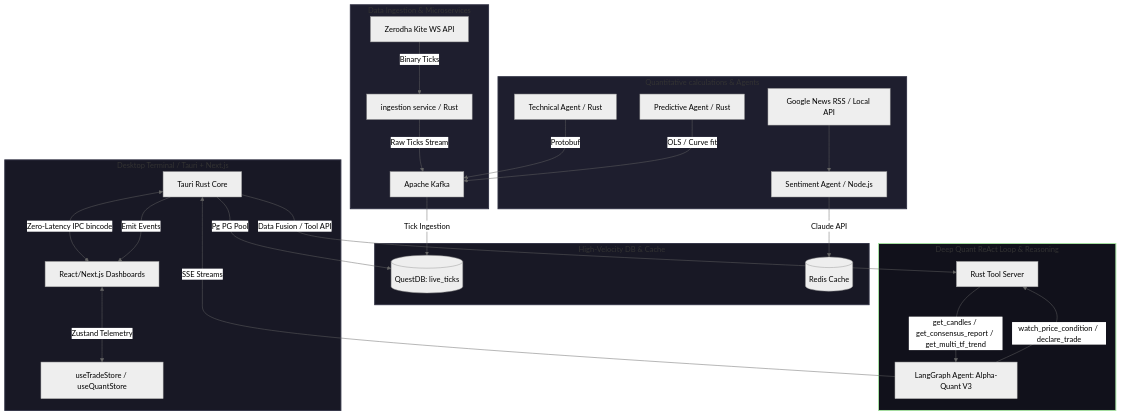
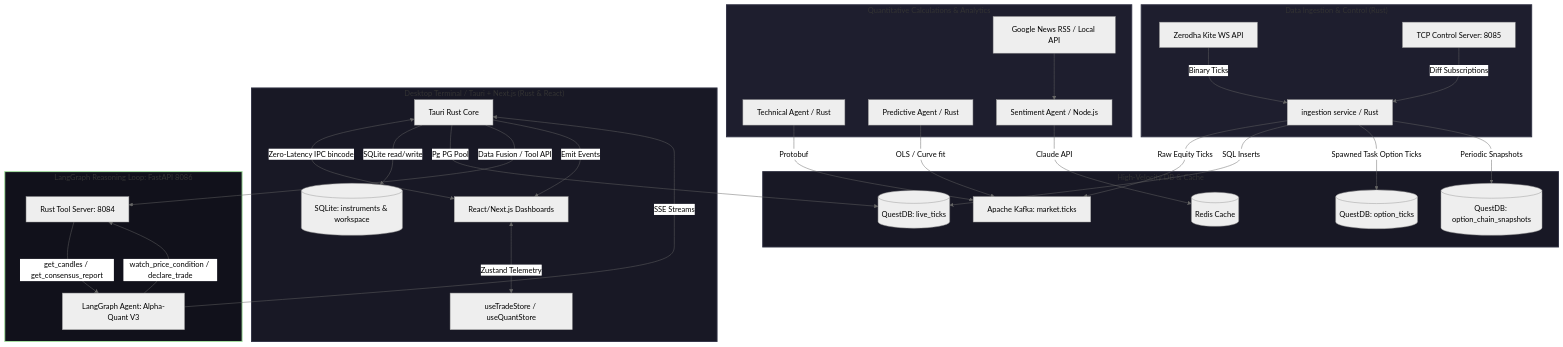
The first of 2 diagrams in README.md (6829nkhpas/Ai-trader), drawn with Mermaid (neutral theme) before and after one commit. The commit also changed other lines of this file, not shown here.

Commit message:
docs: update system architecture documentation to include TCP control, SQLite integration, and the new options data foundation flow

````diff
--- a/README.md
+++ b/README.md
@@ -17,44 +11,48 @@
 ```mermaid
 graph TD
     %% Ingestion & Live Streams
-    subgraph StreamLayer ["Data Ingestion & Microservices"]
+    subgraph StreamLayer ["Data Ingestion & Control (Rust)"]
         Kite[Zerodha Kite WS API] -->|Binary Ticks| Ingest[ingestion service / Rust]
-        Ingest -->|Raw Ticks Stream| Kafka[Apache Kafka]
+        IngestControl[TCP Control Server: 8085] -->|Diff Subscriptions| Ingest
     end
 
     %% Storage & Database
     subgraph DBStore ["High-Velocity DB & Cache"]
-        Kafka -->|Tick Ingestion| QDB[(QuestDB: live_ticks)]
+        Ingest -->|Raw Equity Ticks| Kafka[Apache Kafka: market.ticks]
+        Ingest -->|SQL Inserts| QDB[(QuestDB: live_ticks)]
+        Ingest -->|Spawned Task Option Ticks| QDB_Opt[(QuestDB: option_ticks)]
+        Ingest -->|Periodic Snapshots| QDB_Snap[(QuestDB: option_chain_snapshots)]
         RedisCache[(Redis Cache)]
     end
 
     %% Analytical Agents
-    subgraph Analytics ["Quantitative calculations & Agents"]
+    subgraph Analytics ["Quantitative Calculations & Analytics"]
         AgentTech[Technical Agent / Rust] -->|Protobuf| Kafka
         AgentPred[Predictive Agent / Rust] -->|OLS / Curve fit| Kafka
         NewsAPI[Google News RSS / Local API] --> SentimentService[Sentiment Agent / Node.js]
         SentimentService -->|Claude API| RedisCache
     end
 
     %% Desktop Interface & IPC Bridge
-    subgraph DesktopClient ["Desktop Terminal / Tauri + Next.js"]
+    subgraph DesktopClient ["Desktop Terminal / Tauri + Next.js (Rust & React)"]
         UI[React/Next.js Dashboards] <-->|Zustand Telemetry| Zustand[useTradeStore / useQuantStore]
         TauriCore[Tauri Rust Core] <-->|Zero-Latency IPC bincode| UI
+        TauriCore -->|SQLite read/write| SQLite[(SQLite: instruments & workspace)]
         TauriCore -->|Pg PG Pool| QDB
     end
 
     %% Unified Reasoning Core
-    subgraph Reasoning ["Deep Quant ReAct Loop & Reasoning"]
-        TauriCore -->|Data Fusion / Tool API| ToolServer[Rust Tool Server]
-        ToolServer -->|get_candles / get_consensus_report / get_multi_tf_trend| QuantLoop[LangGraph Agent: Alpha-Quant V3]
+    subgraph Reasoning ["LangGraph Reasoning Loop: FastAPI 8086"]
+        TauriCore -->|Data Fusion / Tool API| ToolServer[Rust Tool Server: 8084]
+        ToolServer -->|get_candles / get_consensus_report| QuantLoop[LangGraph Agent: Alpha-Quant V3]
         QuantLoop -->|watch_price_condition / declare_trade| ToolServer
         QuantLoop -->|SSE Streams| TauriCore
         TauriCore -->|Emit Events| UI
     end
 
     style StreamLayer fill:#1e1e2e,stroke:#313244,stroke-width:2px;
     style DBStore fill:#181825,stroke:#313244,stroke-width:2px;
     style Analytics fill:#1e1e2e,stroke:#313244,stroke-width:2px;
     style DesktopClient fill:#181825,stroke:#313244,stroke-width:2px;
     style Reasoning fill:#11111b,stroke:#a6e3a1,stroke-width:2px;
 ```
````
